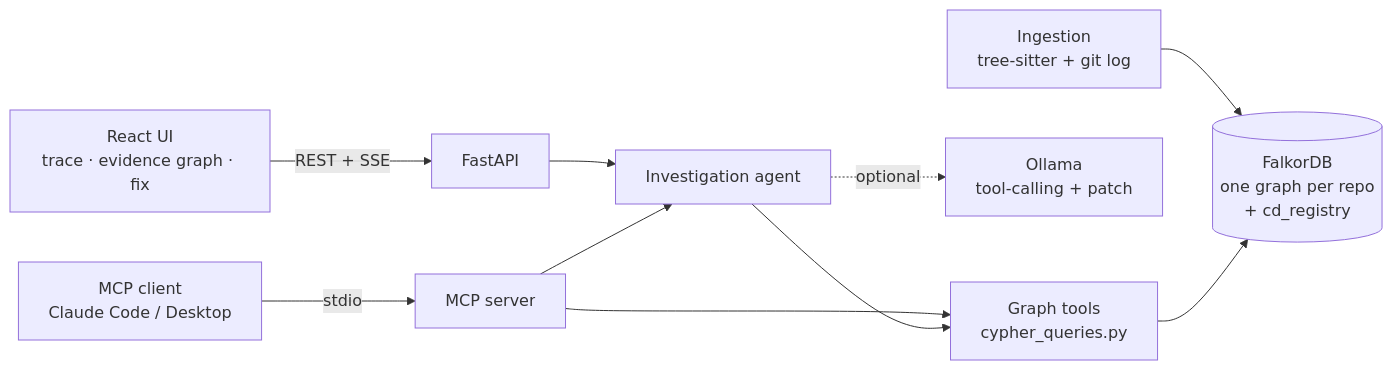
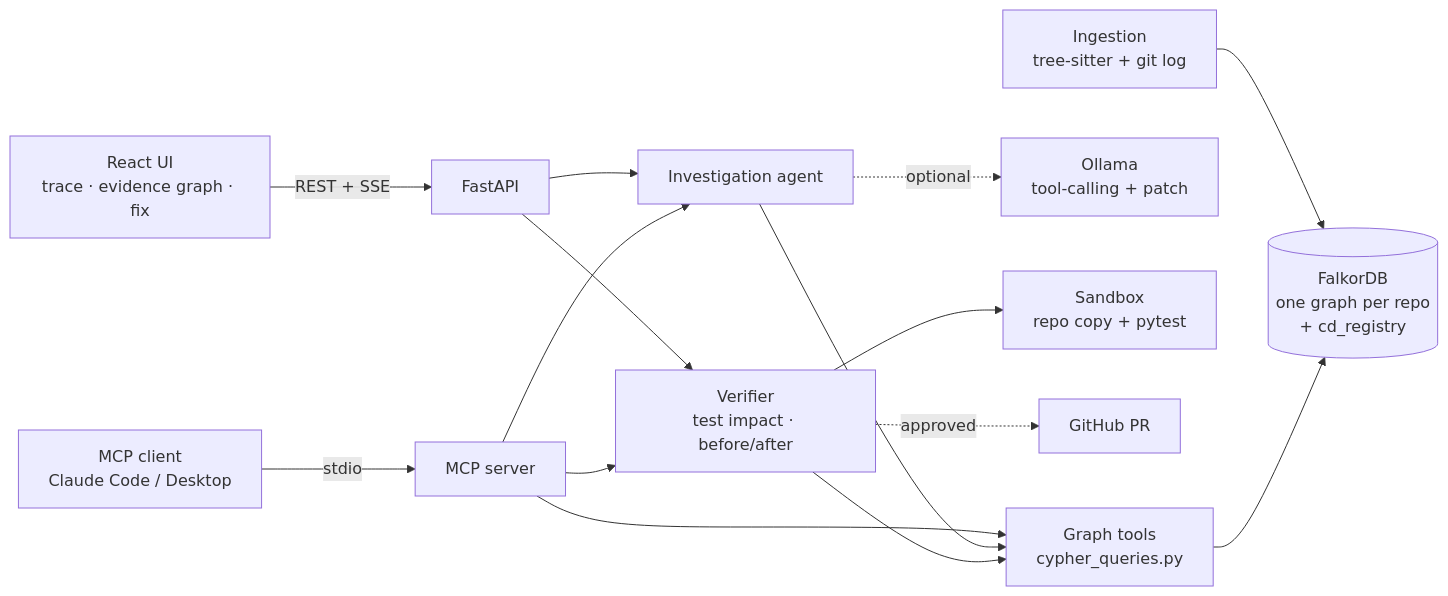
One commit to Chandan11232/GraphSleuth changed the diagram in README.md. Above: the diagram before and after it, drawn with Mermaid. The commit also changed other lines of this file and 23 other files, not shown here.

Commit message:
Verify fixes in a sandbox and draft the pull request from the graph

````diff
--- a/README.md
+++ b/README.md
@@ -61,12 +89,17 @@
 ```mermaid
 flowchart LR
   UI[React UI<br/>trace · evidence graph · fix] -- REST + SSE --> API[FastAPI]
   MCPC[MCP client<br/>Claude Code / Desktop] -- stdio --> MCP[MCP server]
   API --> AG[Investigation agent]
   MCP --> AG
   MCP --> T
   AG --> T[Graph tools<br/>cypher_queries.py]
   AG -. optional .-> LLM[Ollama<br/>tool-calling + patch]
+  API --> VER[Verifier<br/>test impact · before/after]
+  MCP --> VER
+  VER --> SB[Sandbox<br/>repo copy + pytest]
+  VER --> T
+  VER -. approved .-> GH[GitHub PR]
   ING[Ingestion<br/>tree-sitter + git log] --> FDB
   T --> FDB[(FalkorDB<br/>one graph per repo<br/>+ cd_registry)]
 ```
````
